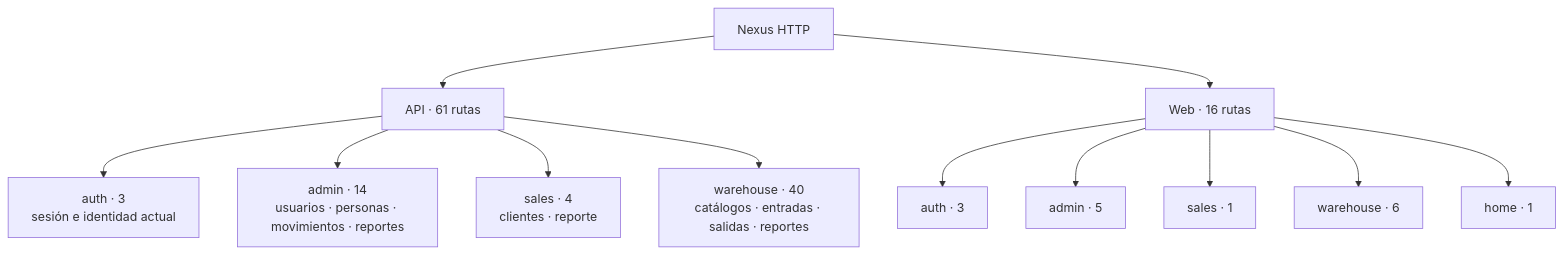
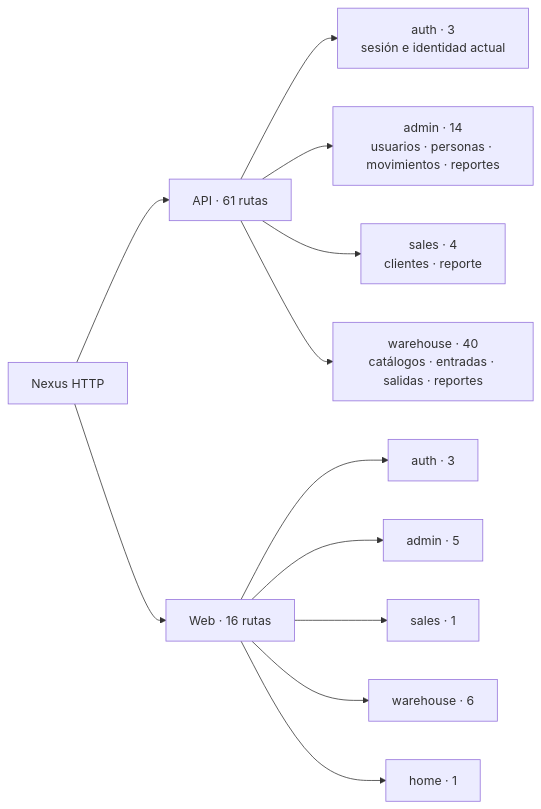
One commit to gpgsistemas01/nexus changed the diagram in docs/architecture/views/development/code-diagrams/03-view-structural-surface-http-registered.md. Above: the diagram before and after it, drawn with Mermaid. The commit also changed 198 other files, not shown here.

Commit message:
docs: mejorar notación UML y distribución de diagramas Mermaid

````diff
--- a/docs/architecture/views/development/code-diagrams/03-view-structural-surface-http-registered.md
+++ b/docs/architecture/views/development/code-diagrams/03-view-structural-surface-http-registered.md
@@ -7,20 +7,20 @@
 ```mermaid
-flowchart TB
+flowchart LR
     nexus["Nexus HTTP"]
     api["API · 61 rutas"]
     web["Web · 16 rutas"]
 
     nexus --> api
     nexus --> web
 
     api --> apiAuth["auth · 3<br/>sesión e identidad actual"]
     api --> apiAdmin["admin · 14<br/>usuarios · personas · movimientos · reportes"]
     api --> apiSales["sales · 4<br/>clientes · reporte"]
     api --> apiWarehouse["warehouse · 40<br/>catálogos · entradas · salidas · reportes"]
 
     web --> webAuth["auth · 3"]
     web --> webAdmin["admin · 5"]
     web --> webSales["sales · 1"]
     web --> webWarehouse["warehouse · 6"]
     web --> webHome["home · 1"]
 ```
````
